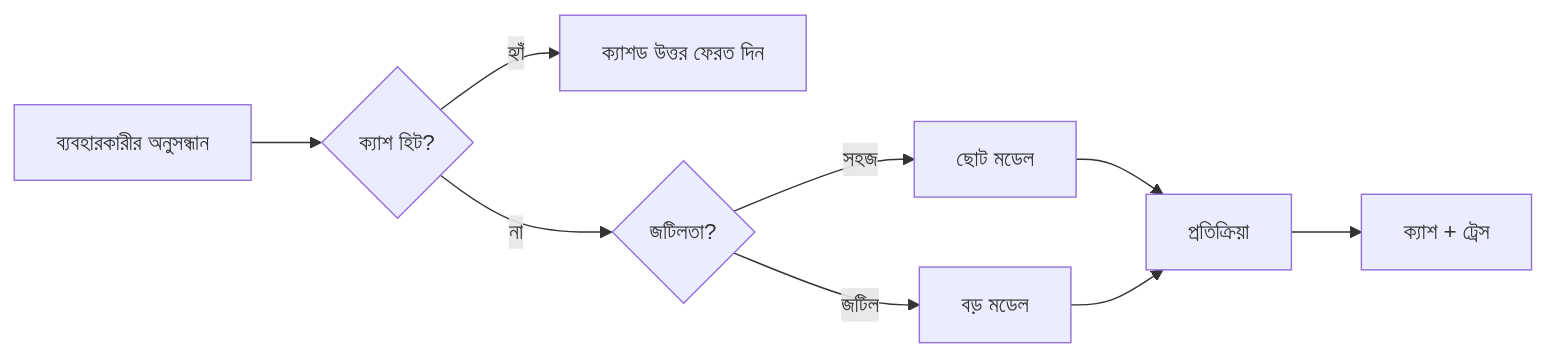
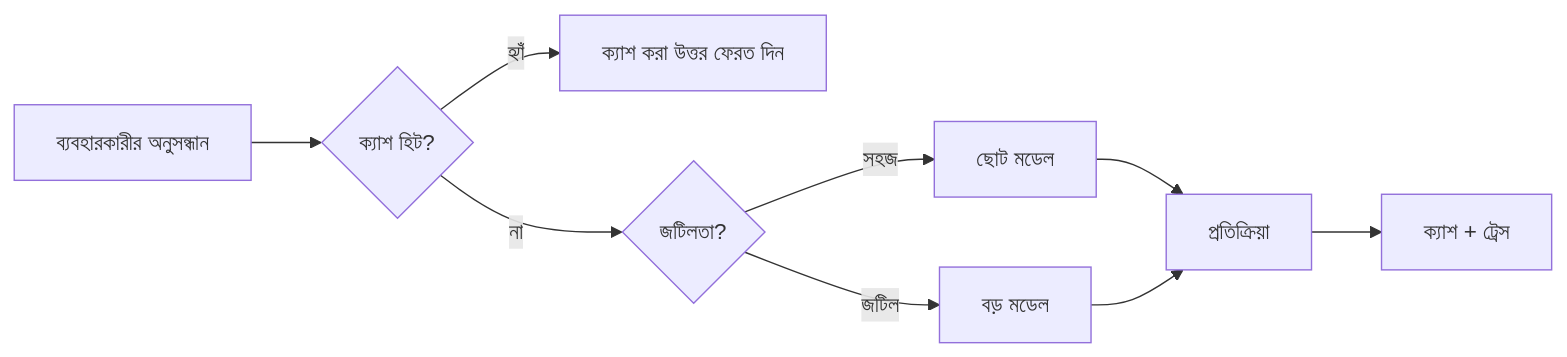
Before and after one commit to gabrielmoreira/agent-skills-mirror: the third of 4 diagrams in mirrors/repos/microsoft@ai-agents-for-beginners/translations/bn/16-deploying-scalable-agents/README.md, drawn with Mermaid. The commit also changed other lines of this file and 4262 other files, not shown here.

````diff
--- a/mirrors/repos/microsoft@ai-agents-for-beginners/translations/bn/16-deploying-scalable-agents/README.md
+++ b/mirrors/repos/microsoft@ai-agents-for-beginners/translations/bn/16-deploying-scalable-agents/README.md
@@ -134,11 +134,11 @@
 ```mermaid
 flowchart LR
     Q[ব্যবহারকারীর অনুসন্ধান] --> C{ক্যাশ হিট?}
-    C -->|হ্যাঁ| R[ক্যাশড উত্তর ফেরত দিন]
+    C -->|হ্যাঁ| R[ক্যাশ করা উত্তর ফেরত দিন]
     C -->|না| Router{জটিলতা?}
     Router -->|সহজ| SLM[ছোট মডেল]
     Router -->|জটিল| LLM[বড় মডেল]
     SLM --> Out[প্রতিক্রিয়া]
     LLM --> Out
     Out --> Store[ক্যাশ + ট্রেস]
 ```
````
